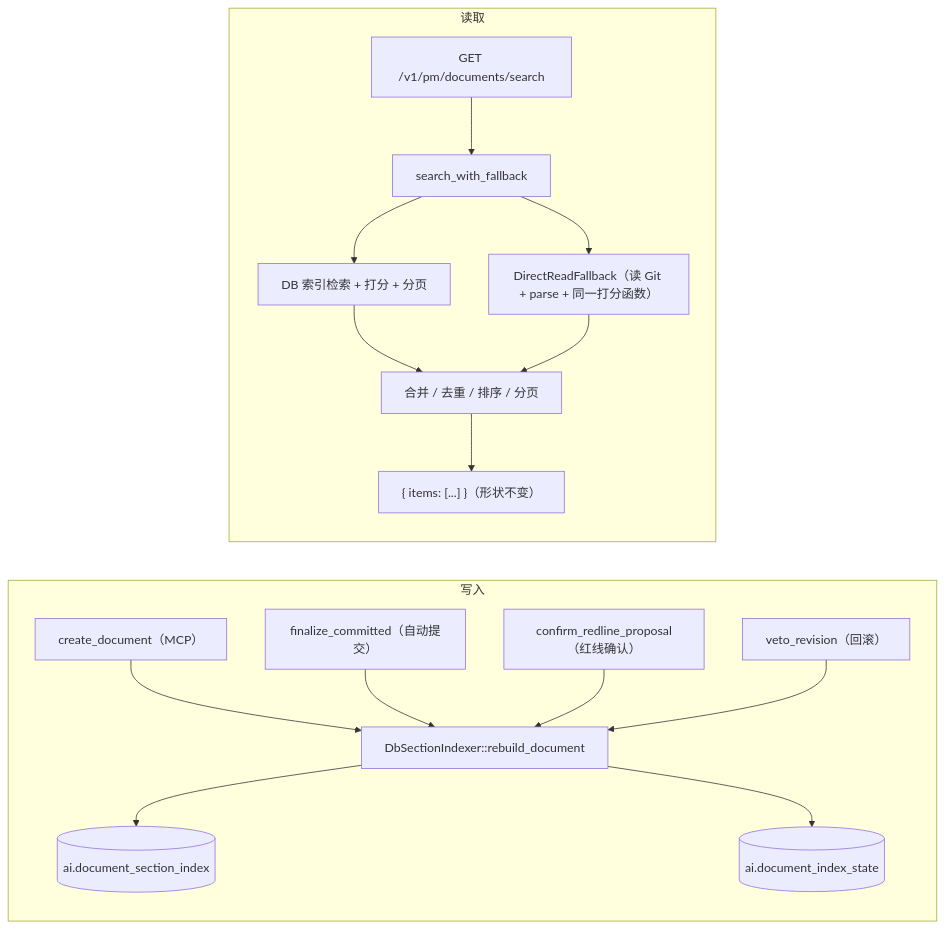
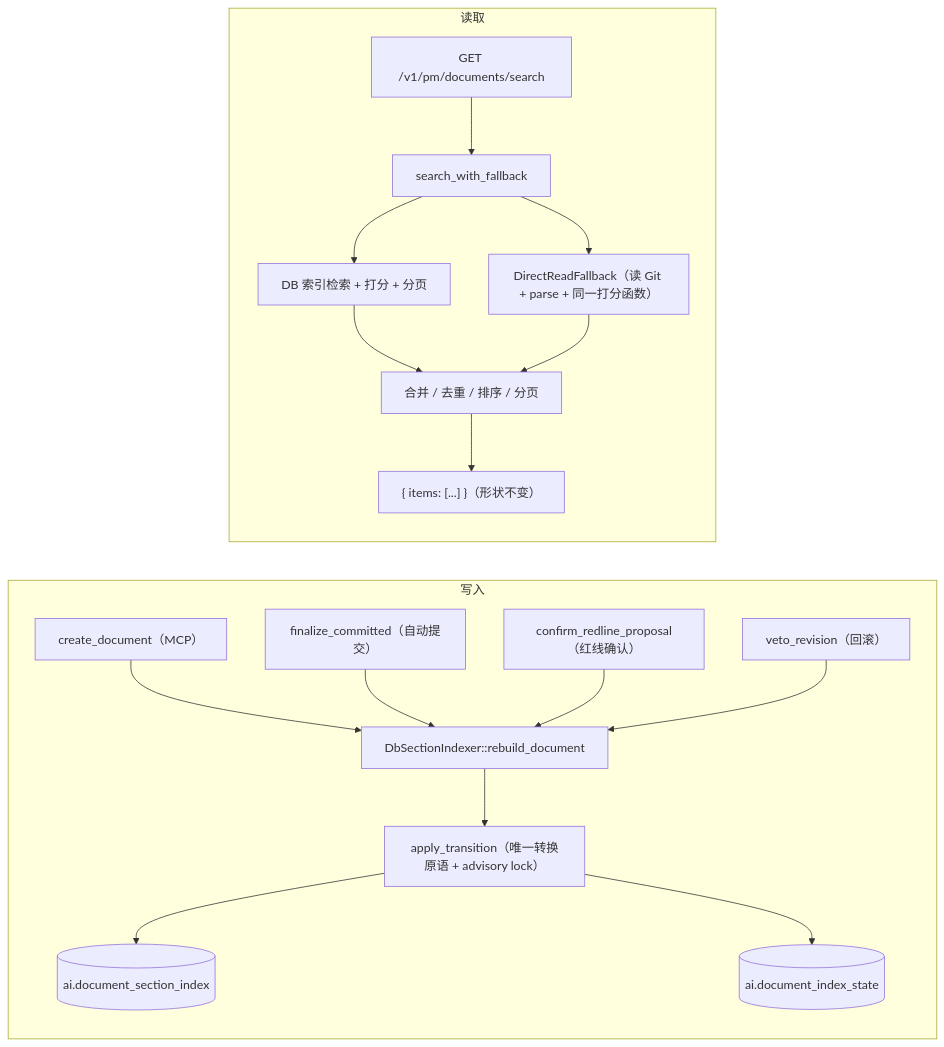
The diagram in docs/ai-pm-t060-knowledge-index-v1.md (luqizheng/ai-pm), drawn with Mermaid before and after one commit. The commit also changed other lines of this file, not shown here.

Commit message:
docs(knowledge-index): T-060 设计稿 v1.1（评审修订：并发转换原语、index_version 边界、状态不变量、故障分级、K-17~K-25）

````diff
--- a/docs/ai-pm-t060-knowledge-index-v1.md
+++ b/docs/ai-pm-t060-knowledge-index-v1.md
@@ -58,19 +74,20 @@
 ```mermaid
 flowchart LR
   subgraph 写入
     P1["create_document（MCP）"] --> RB
     P2["finalize_committed（自动提交）"] --> RB
     P3["confirm_redline_proposal（红线确认）"] --> RB
     P4["veto_revision（回滚）"] --> RB
-    RB["DbSectionIndexer::rebuild_document"] --> T1[("ai.document_section_index")]
-    RB --> T2[("ai.document_index_state")]
+    RB["DbSectionIndexer::rebuild_document"] --> TR["apply_transition（唯一转换原语 + advisory lock）"]
+    TR --> T1[("ai.document_section_index")]
+    TR --> T2[("ai.document_index_state")]
   end
   subgraph 读取
     Q["GET /v1/pm/documents/search"] --> S["search_with_fallback"]
     S --> DB["DB 索引检索 + 打分 + 分页"]
     S --> FB["DirectReadFallback（读 Git + parse + 同一打分函数）"]
     DB --> M["合并 / 去重 / 排序 / 分页"]
     FB --> M
     M --> R["{ items: [...] }（形状不变）"]
   end
 ```
````
